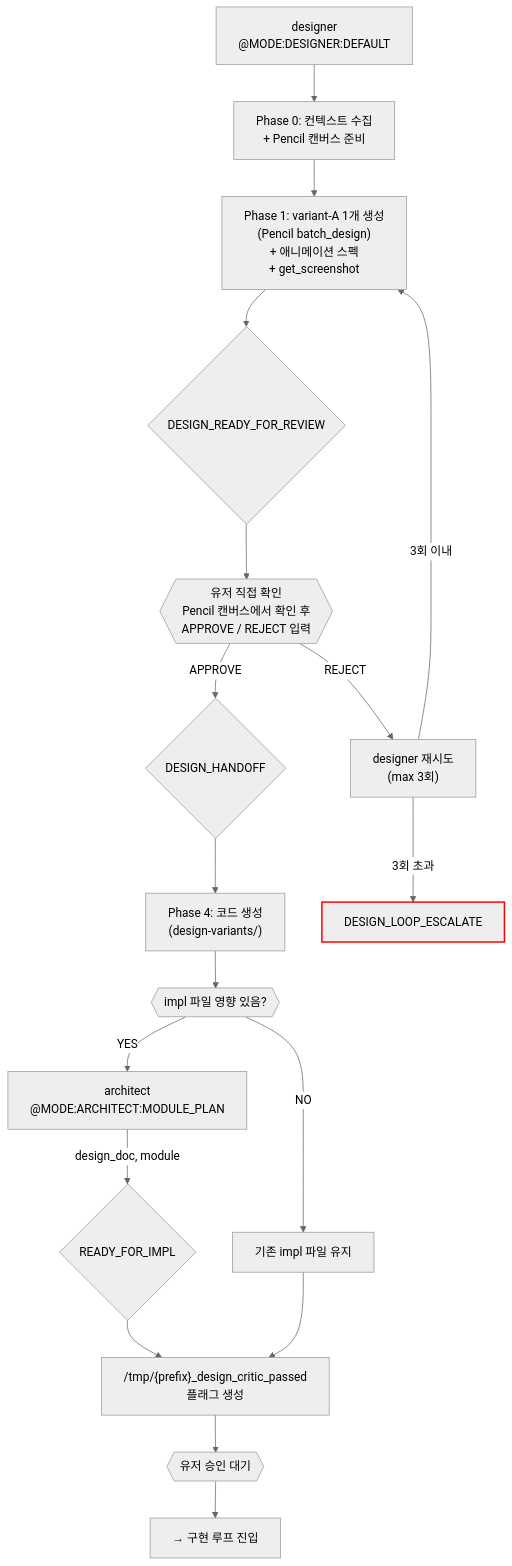
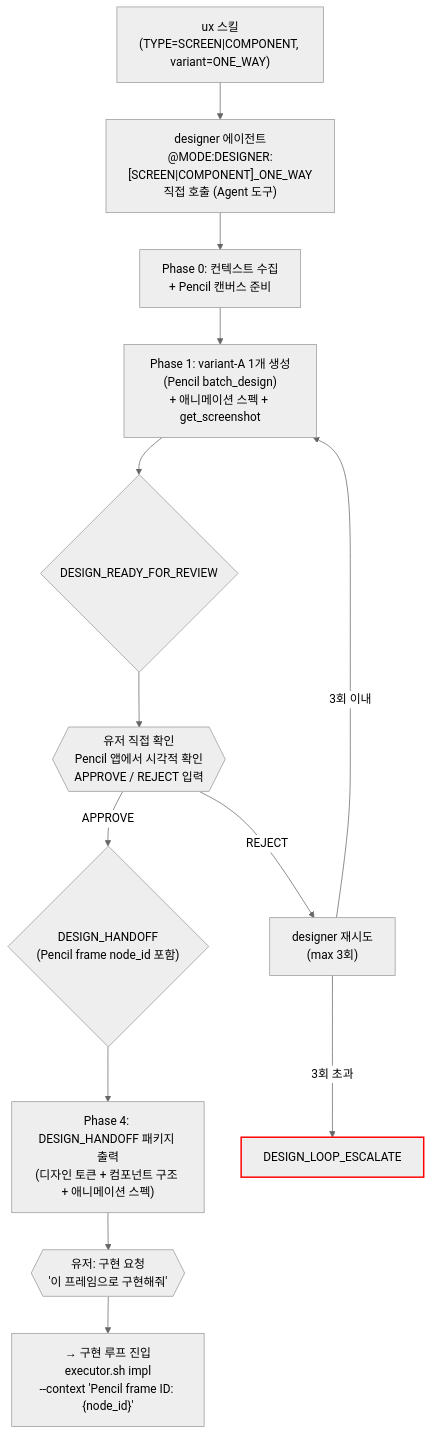
Before and after one commit to alruminum/ClaudeCodeAgentPrompt: the first of 2 diagrams in orchestration/design.md, drawn with Mermaid (neutral theme). The commit also changed other lines of this file and 12 other files, not shown here.

````diff
--- a/orchestration/design.md
+++ b/orchestration/design.md
@@ -19,54 +26,48 @@
 ```mermaid
 flowchart TD
-    DES_D["designer
-@MODE:DESIGNER:DEFAULT"]
-    P0_D["Phase 0: 컨텍스트 수집
+    UX_SKILL["ux 스킬
+(TYPE=SCREEN|COMPONENT, variant=ONE_WAY)"]
+    DES["designer 에이전트
+@MODE:DESIGNER:[SCREEN|COMPONENT]_ONE_WAY
+직접 호출 (Agent 도구)"]
+    P0["Phase 0: 컨텍스트 수집
 + Pencil 캔버스 준비"]
-    P1_D["Phase 1: variant-A 1개 생성
+    P1["Phase 1: variant-A 1개 생성
 (Pencil batch_design)
-+ 애니메이션 스펙
-+ get_screenshot"]
-    DRR_D{"DESIGN_READY_FOR_REVIEW"}
++ 애니메이션 스펙 + get_screenshot"]
+    DRR{"DESIGN_READY_FOR_REVIEW"}
 
     USER_CHK{{"유저 직접 확인
-Pencil 캔버스에서 확인 후
+Pencil 앱에서 시각적 확인
 APPROVE / REJECT 입력"}}
 
-    DES_RETRY_D["designer 재시도
+    DES_RETRY["designer 재시도
 (max 3회)"]
-    DLE_D["DESIGN_LOOP_ESCALATE"]:::escalation
+    DLE["DESIGN_LOOP_ESCALATE"]:::escalation
 
-    HANDOFF_D{"DESIGN_HANDOFF"}
-    P4_D["Phase 4: 코드 생성
-(design-variants/)"]
-    IMPL_CHK_D{{"impl 파일 영향 있음?"}}
-    ARC_MP_D["architect
-@MODE:ARCHITECT:MODULE_PLAN"]
-    RFI_D{"READY_FOR_IMPL"}
-    KEEP_D["기존 impl 파일 유지"]
-    FLAG_D["/tmp/{prefix}_design_critic_passed
-플래그 생성"]
-    USER_APPROVE_D{{"유저 승인 대기"}}
-    IMPL_ENTRY_D["→ 구현 루프 진입"]
+    HANDOFF{"DESIGN_HANDOFF
+(Pencil frame node_id 포함)"}
+    P4["Phase 4: DESIGN_HANDOFF 패키지 출력
+(디자인 토큰 + 컴포넌트 구조 + 애니메이션 스펙)"]
 
-    DES_D --> P0_D
-    P0_D --> P1_D
-    P1_D --> DRR_D
-    DRR_D --> USER_CHK
-    USER_CHK -->|"APPROVE"| HANDOFF_D
-    USER_CHK -->|"REJECT"| DES_RETRY_D
-    DES_RETRY_D -->|"3회 초과"| DLE_D
-    DES_RETRY_D -->|"3회 이내"| P1_D
+    USER_IMPL{{"유저: 구현 요청
+'이 프레임으로 구현해줘'"}}
+    IMPL_ENTRY["→ 구현 루프 진입
+executor.sh impl
+--context 'Pencil frame ID: {node_id}'"]
 
-    HANDOFF_D --> P4_D
-    P4_D --> IMPL_CHK_D
-    IMPL_CHK_D -->|YES| ARC_MP_D
-    ARC_MP_D -->|"design_doc, module"| RFI_D
-    IMPL_CHK_D -->|NO| KEEP_D
-    RFI_D --> FLAG_D
-    KEEP_D --> FLAG_D
-    FLAG_D --> USER_APPROVE_D
-    USER_APPROVE_D --> IMPL_ENTRY_D
+    UX_SKILL --> DES
+    DES --> P0
+    P0 --> P1
+    P1 --> DRR
+    DRR --> USER_CHK
+    USER_CHK -->|"APPROVE"| HANDOFF
+    USER_CHK -->|"REJECT"| DES_RETRY
+    DES_RETRY -->|"3회 초과"| DLE
+    DES_RETRY -->|"3회 이내"| P1
+    HANDOFF --> P4
+    P4 --> USER_IMPL
+    USER_IMPL --> IMPL_ENTRY
 
     classDef escalation stroke:#f00,stroke-width:2px
 ```
````
